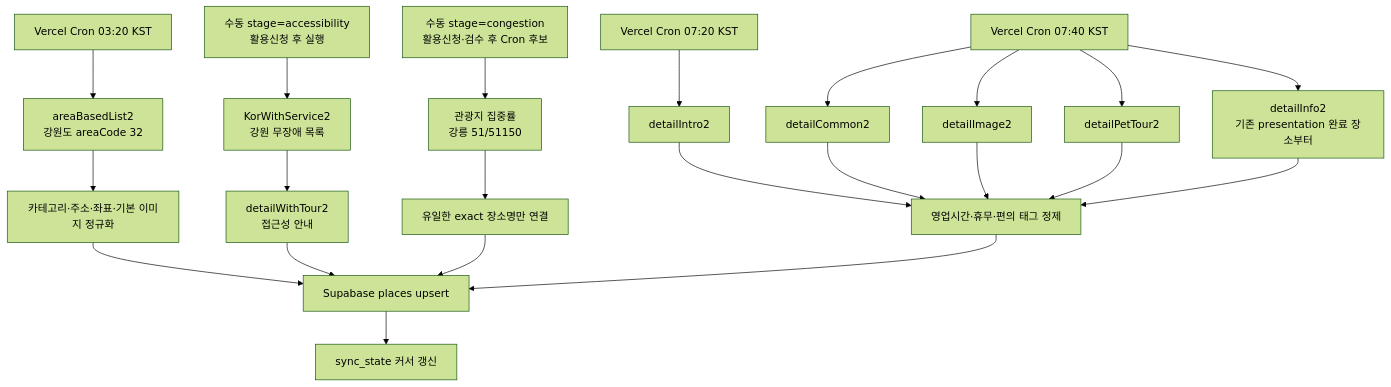
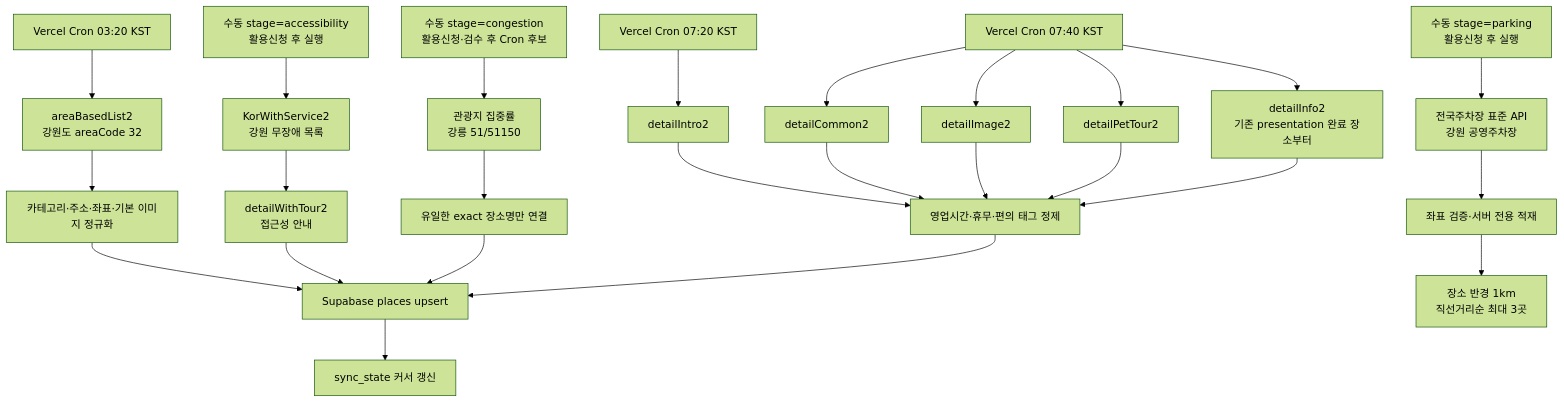
One commit to Newrred/tteumsae changed the fourth of 4 diagrams in docs/02_ARCHITECTURE.md. Above: the diagram before and after it, drawn with Mermaid (forest theme). The commit also changed other lines of this file and 32 other files, not shown here.

````diff
--- a/docs/02_ARCHITECTURE.md
+++ b/docs/02_ARCHITECTURE.md
@@ -152,24 +152,27 @@
 ```mermaid
 flowchart TD
     C1["Vercel Cron 03:20 KST"] --> L["areaBasedList2\n강원도 areaCode 32"]
     L --> N["카테고리·주소·좌표·기본 이미지 정규화"]
     N --> P["Supabase places upsert"]
     C2["Vercel Cron 07:20 KST"] --> I["detailIntro2"]
     C3["Vercel Cron 07:40 KST"] --> CO["detailCommon2"]
     C3 --> IM["detailImage2"]
     C3 --> PET["detailPetTour2"]
     C3 --> IF["detailInfo2\n기존 presentation 완료 장소부터"]
     C4["수동 stage=congestion\n활용신청·검수 후 Cron 후보"] --> CG["관광지 집중률\n강릉 51/51150"]
     C5["수동 stage=accessibility\n활용신청 후 실행"] --> AW["KorWithService2\n강원 무장애 목록"]
+    C6["수동 stage=parking\n활용신청 후 실행"] --> PW["전국주차장 표준 API\n강원 공영주차장"]
+    PW --> PN["좌표 검증·서버 전용 적재"]
+    PN --> PP["장소 반경 1km\n직선거리순 최대 3곳"]
     AW --> AD["detailWithTour2\n접근성 안내"]
     AD --> P
     CG --> CM["유일한 exact 장소명만 연결"]
     CM --> P
     I --> E["영업시간·휴무·편의 태그 정제"]
     CO --> E
     IM --> E
     PET --> E
     IF --> E
     E --> P
     P --> ST["sync_state 커서 갱신"]
 ```
````
